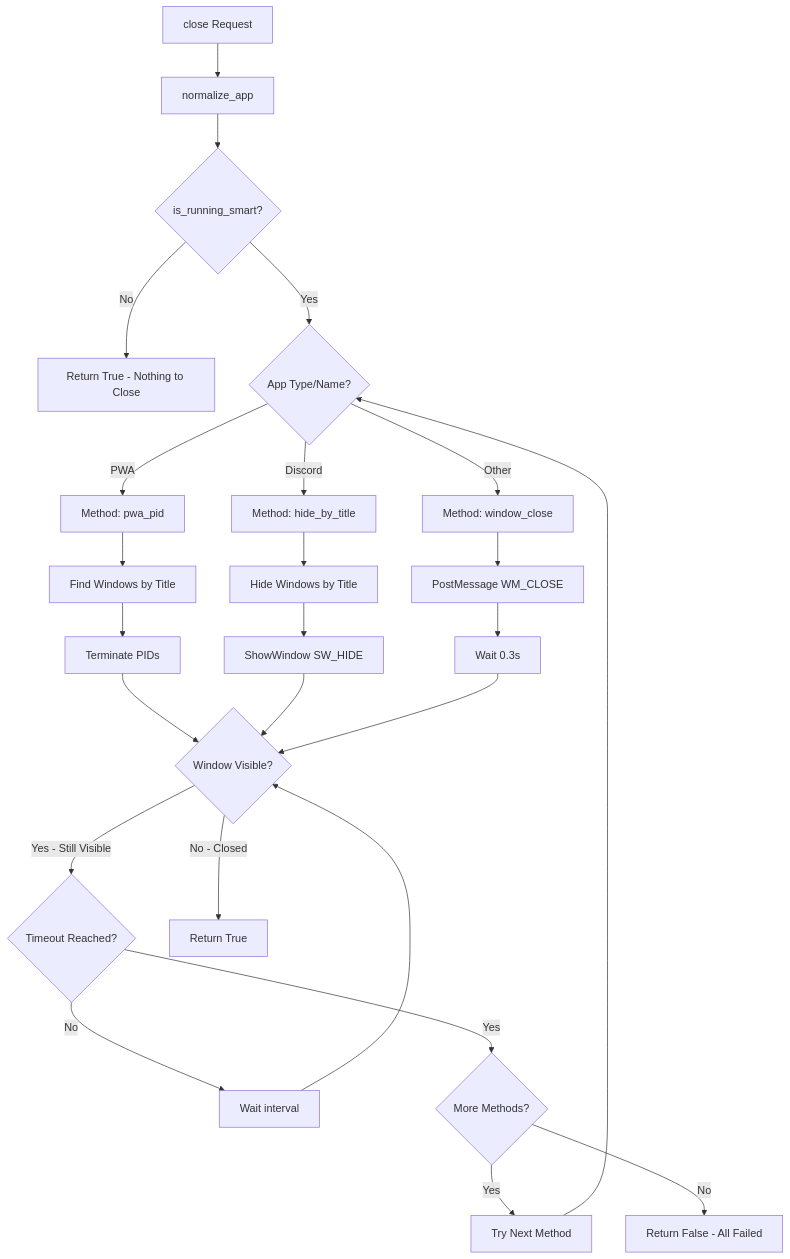
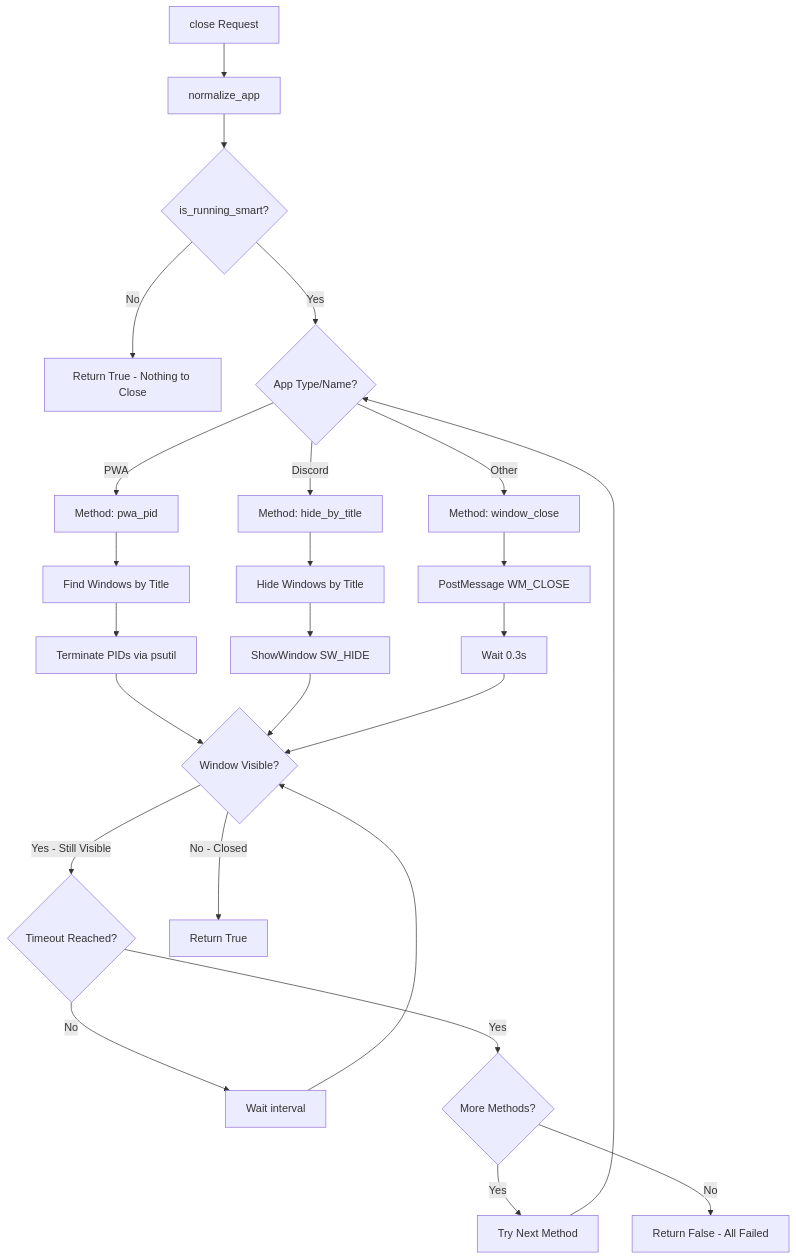
One commit to error-debug-run/HELL changed the fourth of 9 diagrams in control/apps.md. Above: the diagram before and after it, drawn with Mermaid. The commit also changed other lines of this file and 1 other file, not shown here.

````diff
--- a/control/apps.md
+++ b/control/apps.md
@@ -163,34 +157,34 @@
 ```mermaid
 flowchart TD
     A[close Request] --> B[normalize_app]
     B --> C{is_running_smart?}
     C -->|No| D[Return True - Nothing to Close]
     C -->|Yes| E{App Type/Name?}
     
     E -->|PWA| F[Method: pwa_pid]
     E -->|Discord| G[Method: hide_by_title]
     E -->|Other| H[Method: window_close]
     
     F --> I[Find Windows by Title]
     G --> J[Hide Windows by Title]
     H --> K[PostMessage WM_CLOSE]
     
-    I --> L[Terminate PIDs]
+    I --> L[Terminate PIDs via psutil]
     J --> M[ShowWindow SW_HIDE]
     K --> N[Wait 0.3s]
     
     L --> O{Window Visible?}
     M --> O
     N --> O
     
     O -->|Yes - Still Visible| P{Timeout Reached?}
     O -->|No - Closed| Q[Return True]
     
     P -->|No| R[Wait interval]
     R --> O
     
     P -->|Yes| S{More Methods?}
     S -->|Yes| T[Try Next Method]
     T --> E
     S -->|No| U[Return False - All Failed]
 ```
````
